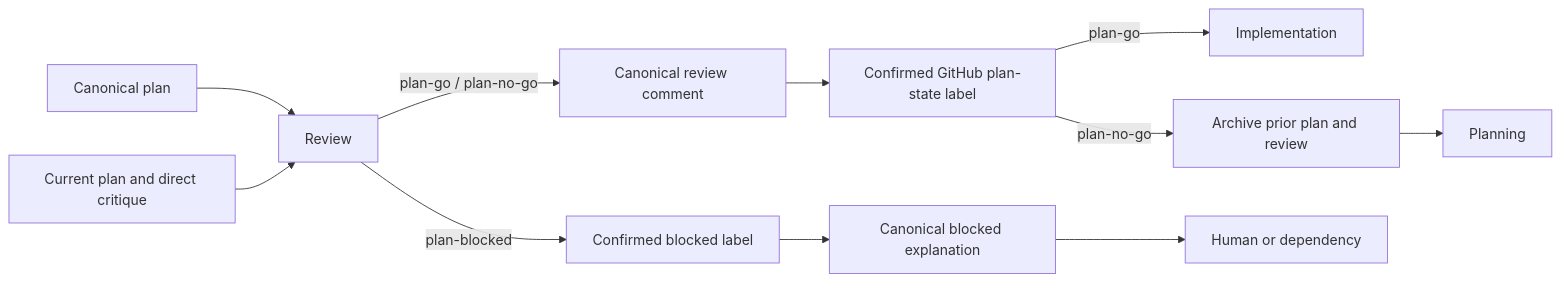
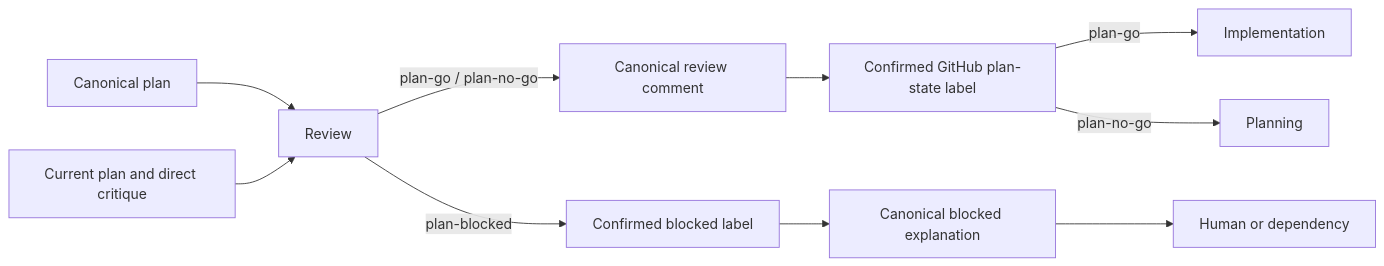
The seventh of 16 diagrams in docs/architecture.md (HomericIntelligence/Hephaestus), drawn with Mermaid before and after one commit. The commit also changed other lines of this file and 24 other files, not shown here.

First line of the commit message:
fix(automation): compact issue plan review timelines (#2720)

````diff
--- a/docs/architecture.md
+++ b/docs/architecture.md
@@ -814,13 +809,12 @@
 ```mermaid
 flowchart LR
     Plan["Canonical plan"] --> Review
     History["Current plan and direct critique"] --> Review
     Review -->|"plan-go / plan-no-go"| CanonicalReview["Canonical review comment"]
     CanonicalReview --> Label["Confirmed GitHub plan-state label"]
     Review -->|"plan-blocked"| BlockLatch["Confirmed blocked label"]
     BlockLatch --> BlockAudit["Canonical blocked explanation"]
     Label -->|"plan-go"| Implementation
-    Label -->|"plan-no-go"| Archive["Archive prior plan and review"]
-    Archive --> Planning
+    Label -->|"plan-no-go"| Planning
     BlockAudit --> External["Human or dependency"]
 ```
````
